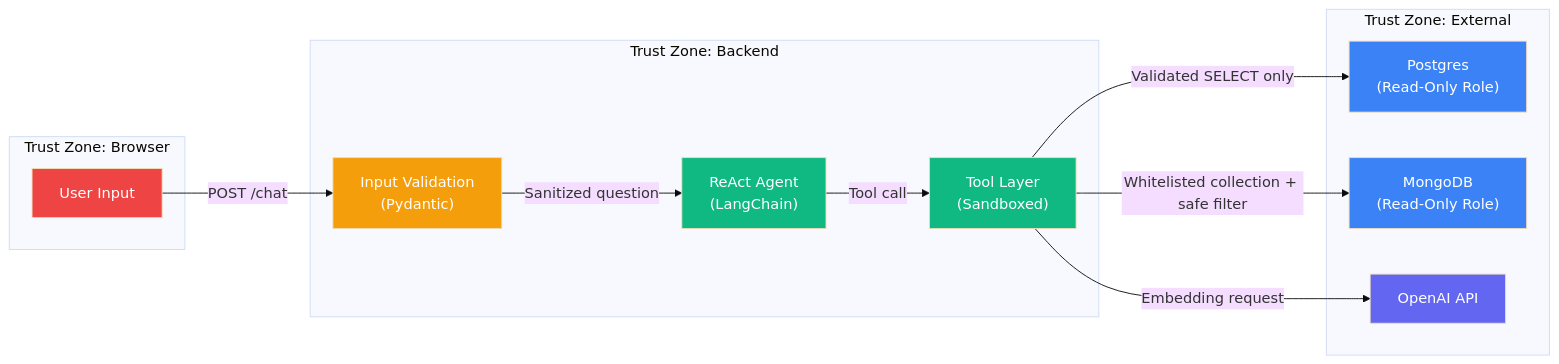
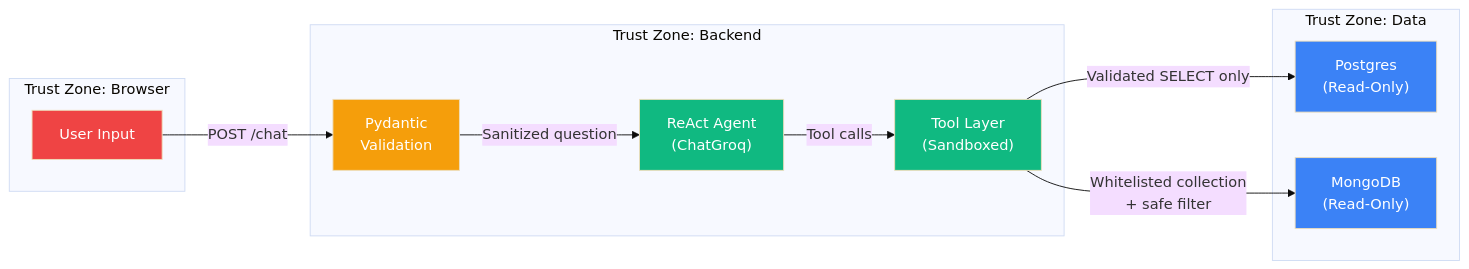
The fifth of 5 diagrams in docs/ARCHITECTURE.md (Manoj10041996/MultiDBAgent_class5_hw2_ManojKumarY), drawn with Mermaid (base theme) before and after one commit. The commit also changed other lines of this file and 27 other files, not shown here.

Commit message:
feat: all 3 tools working - SQL, MongoDB, RAG confirmed

````diff
--- a/docs/ARCHITECTURE.md
+++ b/docs/ARCHITECTURE.md
@@ -155,34 +163,31 @@
 ```mermaid
 graph LR
     subgraph "Trust Zone: Browser"
         USER["User Input"]
     end
 
     subgraph "Trust Zone: Backend"
-        VALIDATE["Input Validation<br/>(Pydantic)"]
-        AGENT["ReAct Agent<br/>(LangChain)"]
+        VALIDATE["Pydantic<br/>Validation"]
+        AGENT["ReAct Agent<br/>(ChatGroq)"]
         TOOLS["Tool Layer<br/>(Sandboxed)"]
     end
 
-    subgraph "Trust Zone: External"
-        PG["Postgres<br/>(Read-Only Role)"]
-        MG["MongoDB<br/>(Read-Only Role)"]
-        OAI["OpenAI API"]
+    subgraph "Trust Zone: Data"
+        PG["Postgres<br/>(Read-Only)"]
+        MG["MongoDB<br/>(Read-Only)"]
     end
 
     USER -->|"POST /chat"| VALIDATE
     VALIDATE -->|"Sanitized question"| AGENT
-    AGENT -->|"Tool call"| TOOLS
+    AGENT -->|"Tool calls"| TOOLS
 
     TOOLS -->|"Validated SELECT only"| PG
-    TOOLS -->|"Whitelisted collection + safe filter"| MG
-    TOOLS -->|"Embedding request"| OAI
+    TOOLS -->|"Whitelisted collection<br/>+ safe filter"| MG
 
     style USER fill:#ef4444,color:#fff
     style VALIDATE fill:#f59e0b,color:#fff
     style AGENT fill:#10b981,color:#fff
     style TOOLS fill:#10b981,color:#fff
     style PG fill:#3b82f6,color:#fff
     style MG fill:#3b82f6,color:#fff
-    style OAI fill:#6366f1,color:#fff
 ```
````
